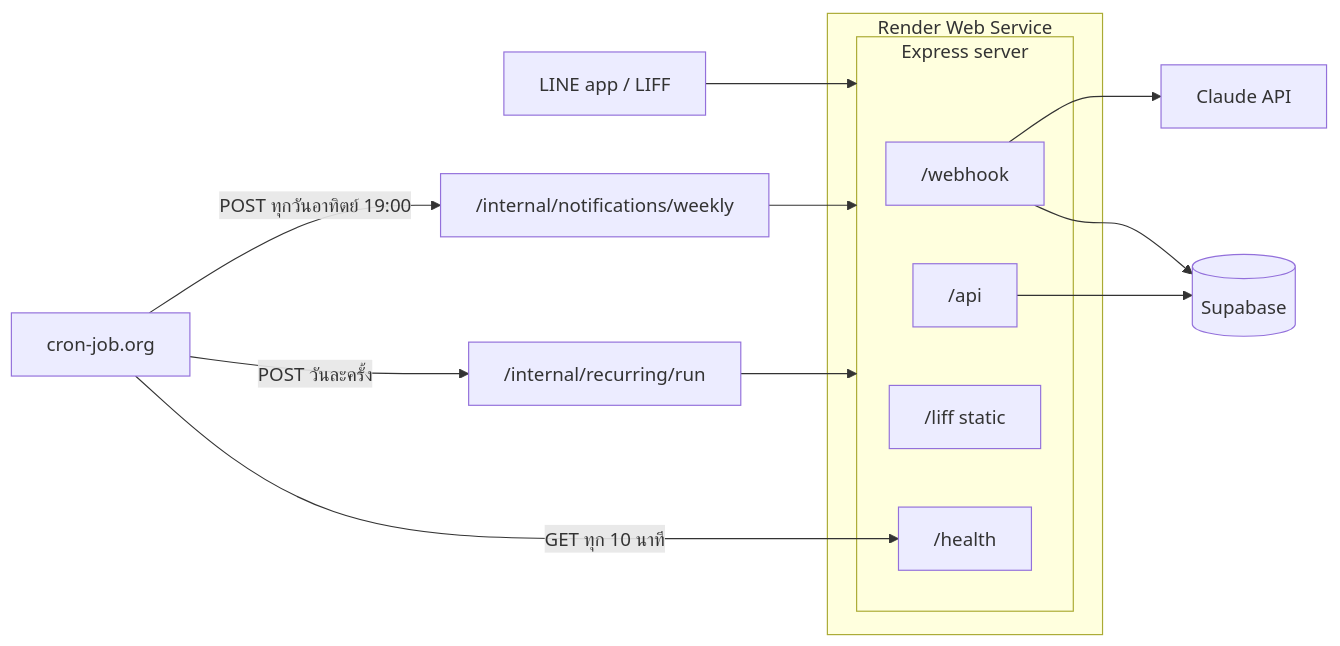
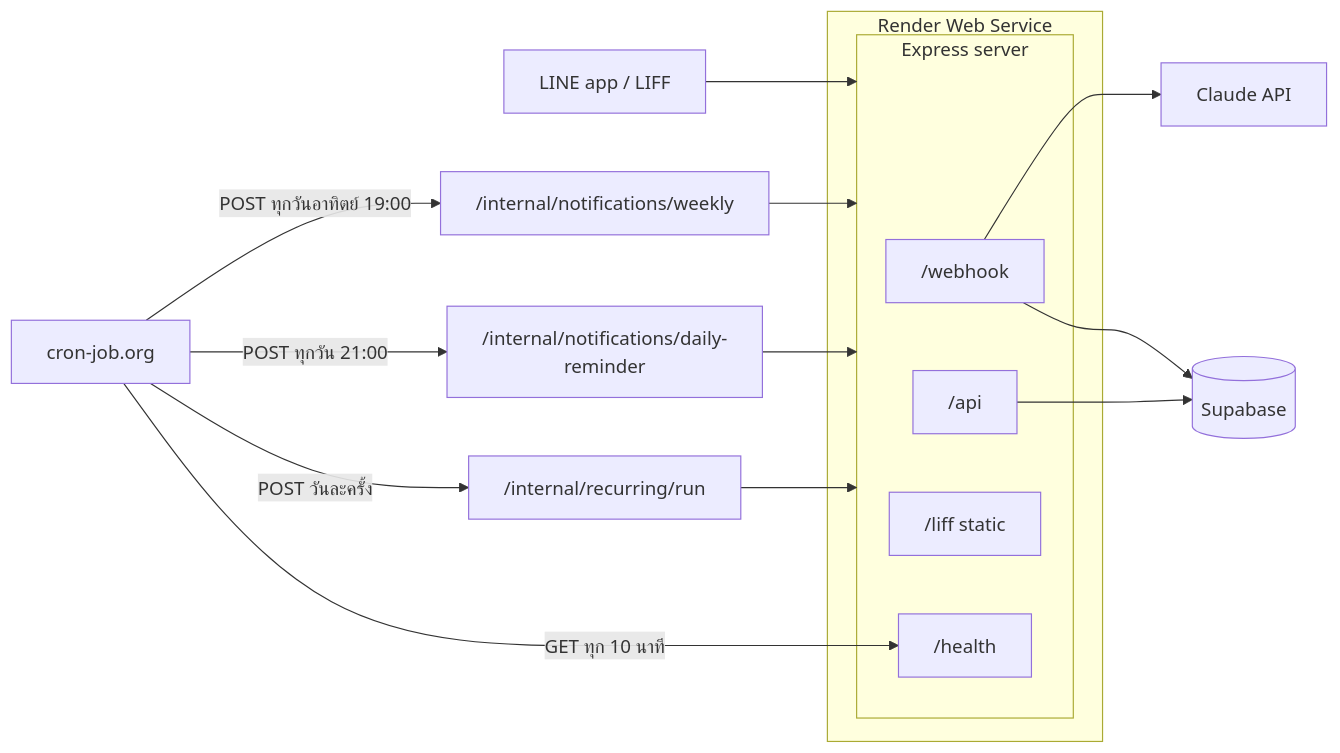
Before and after one commit to promminkiw/line-expense-bot: the diagram in README.md, drawn with Mermaid. The commit also changed other lines of this file and 3 other files, not shown here.

First line of the commit message:
docs: describe the daily reminder and its cron job

````diff
--- a/README.md
+++ b/README.md
@@ -26,20 +27,22 @@
 ```mermaid
 flowchart LR
   LINE[LINE app / LIFF] --> Express
   subgraph Render[Render Web Service]
     subgraph Express[Express server]
       Webhook["/webhook"]
       Api["/api"]
       Static["/liff static"]
       Health["/health"]
     end
   end
   Webhook --> Claude[Claude API]
   Webhook --> Supabase[(Supabase)]
   Api --> Supabase
   Cron[cron-job.org] -->|POST วันละครั้ง| Run["/internal/recurring/run"]
   Cron -->|GET ทุก 10 นาที| Health
   Cron -->|POST ทุกวันอาทิตย์ 19:00| Weekly["/internal/notifications/weekly"]
   Weekly --> Express
+  Cron -->|POST ทุกวัน 21:00| Daily["/internal/notifications/daily-reminder"]
+  Daily --> Express
   Run --> Express
 ```
````
